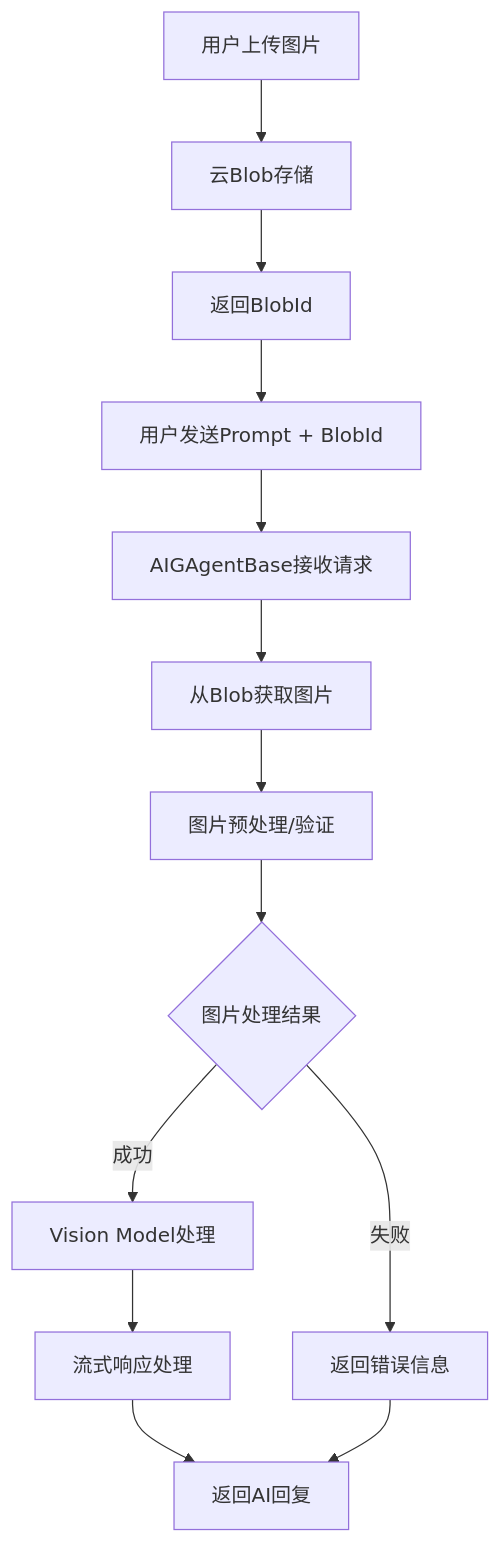
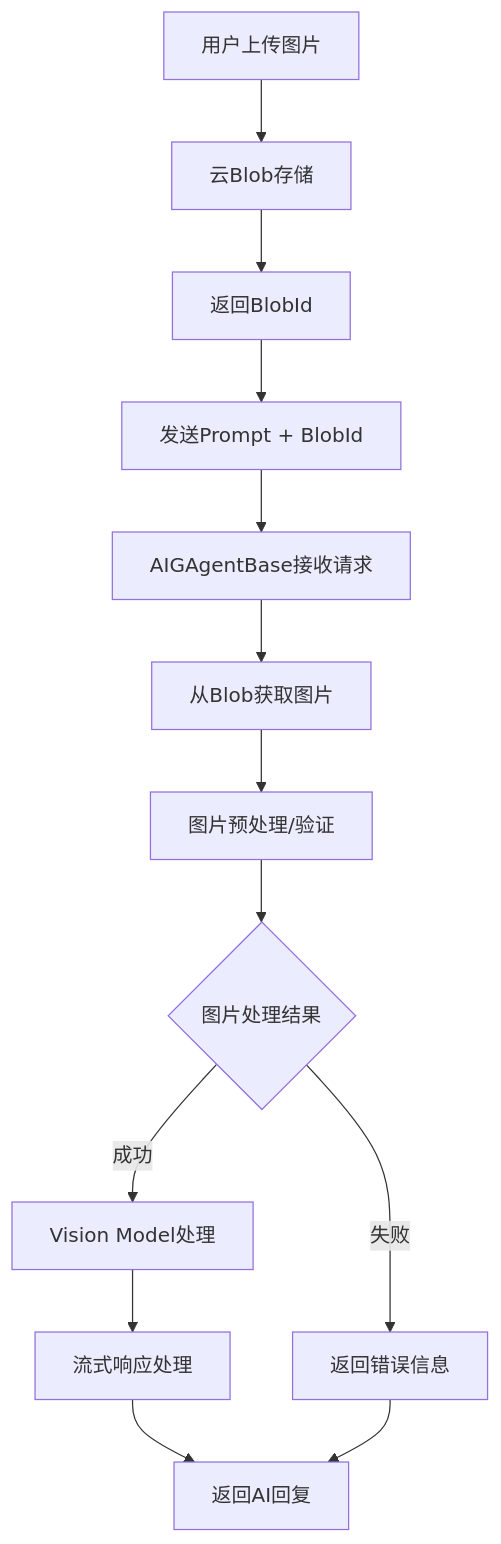
One commit to aevatarAI/aevatar-gagents changed the first of 2 diagrams in issue100.md. Above: the diagram before and after it, drawn with Mermaid.

````diff
--- a/issue100.md
+++ b/issue100.md
@@ -22,15 +22,15 @@
 ```mermaid
 graph TB
     A[用户上传图片] --> B[云Blob存储]
     B --> C[返回BlobId]
-    C --> D[用户发送Prompt + BlobId]
+    C --> D[发送Prompt + BlobId]
     D --> E[AIGAgentBase接收请求]
     E --> F[从Blob获取图片]
     F --> G[图片预处理/验证]
     G --> H{图片处理结果}
     H -->|成功| I[Vision Model处理]
     H -->|失败| J[返回错误信息]
     I --> K[流式响应处理]
     K --> L[返回AI回复]
     J --> L
 ```
````
